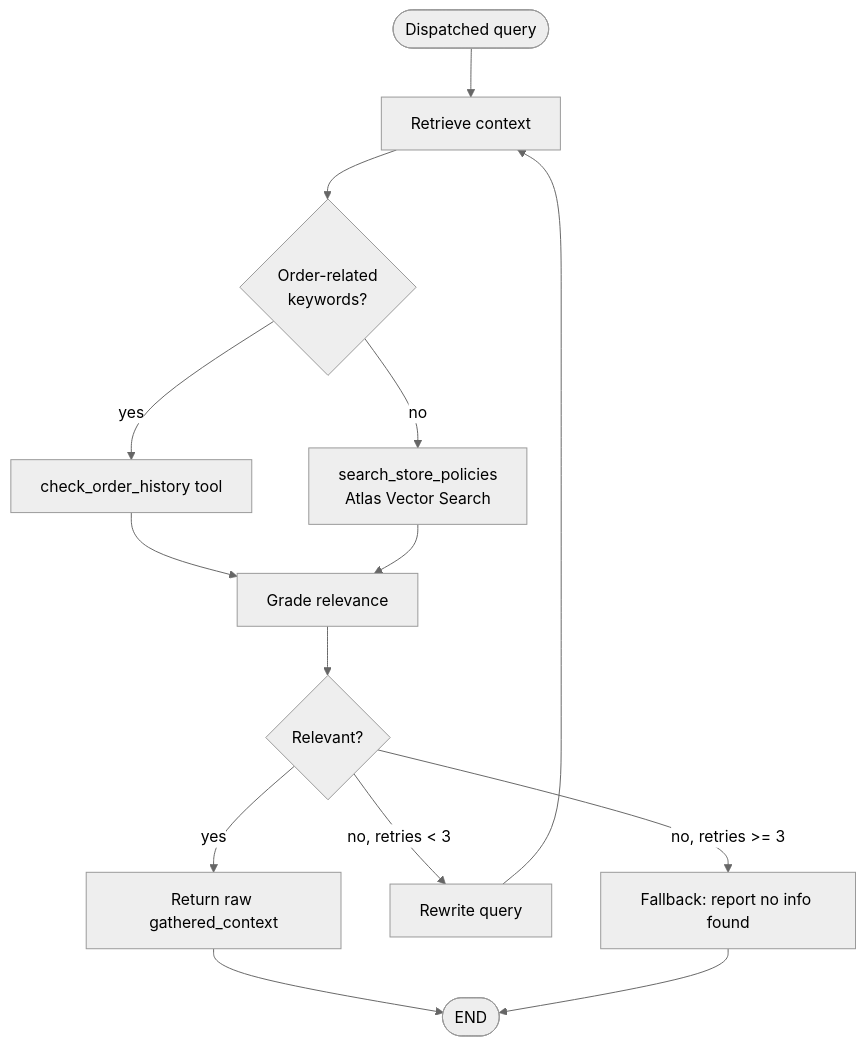
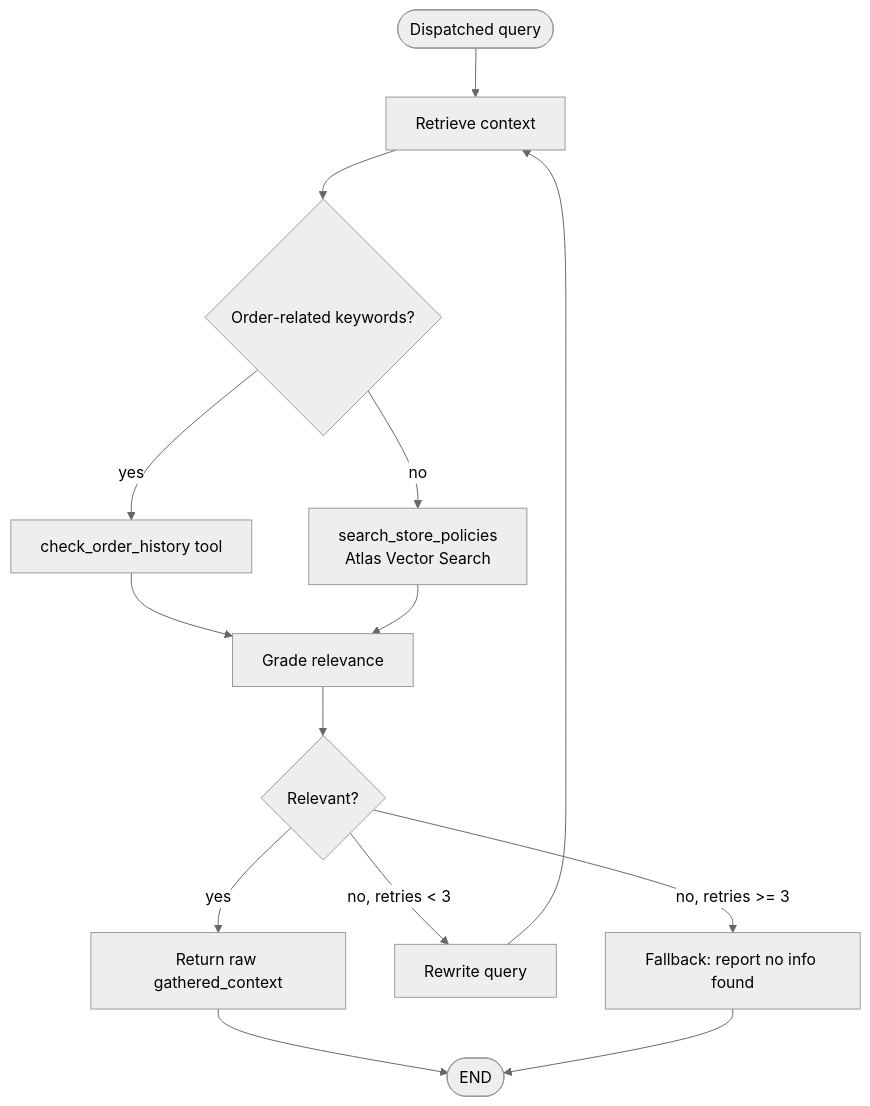
One commit to nirajp728/quick-commerce-agentic-ai changed the fifth of 7 diagrams in README.md. Above: the diagram before and after it, drawn with Mermaid (neutral theme). The commit also changed other lines of this file, not shown here.

````diff
--- a/README.md
+++ b/README.md
@@ -162,15 +162,15 @@
 ```mermaid
 flowchart TD
     START([Dispatched query]) --> RETRIEVE[Retrieve context]
-    RETRIEVE --> TYPE{Order-related<br/>keywords?}
+    RETRIEVE --> TYPE{Order-related keywords?}
     TYPE -->|yes| ORDERS[check_order_history tool]
     TYPE -->|no| POLICY[search_store_policies<br/>Atlas Vector Search]
     ORDERS --> GRADE[Grade relevance]
     POLICY --> GRADE
     GRADE --> DECISION{Relevant?}
     DECISION -->|yes| DONE[Return raw gathered_context]
     DECISION -->|no, retries < 3| REWRITE[Rewrite query] --> RETRIEVE
     DECISION -->|no, retries >= 3| FALLBACK[Fallback: report no info found]
     DONE --> END([END])
     FALLBACK --> END
 ```
````
